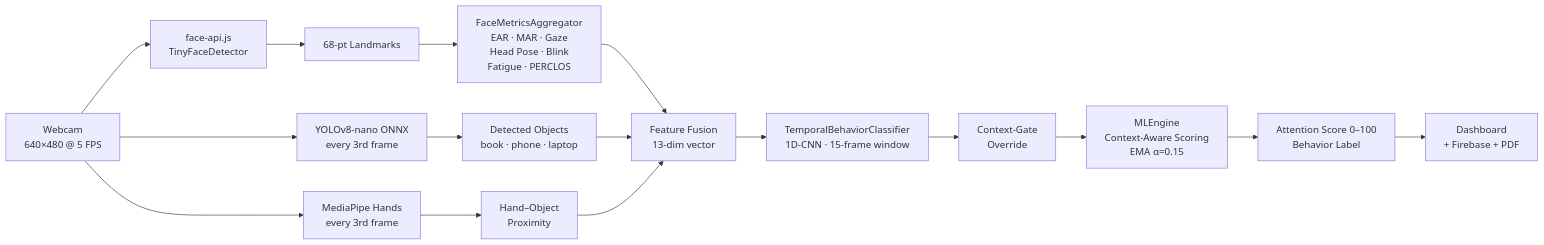
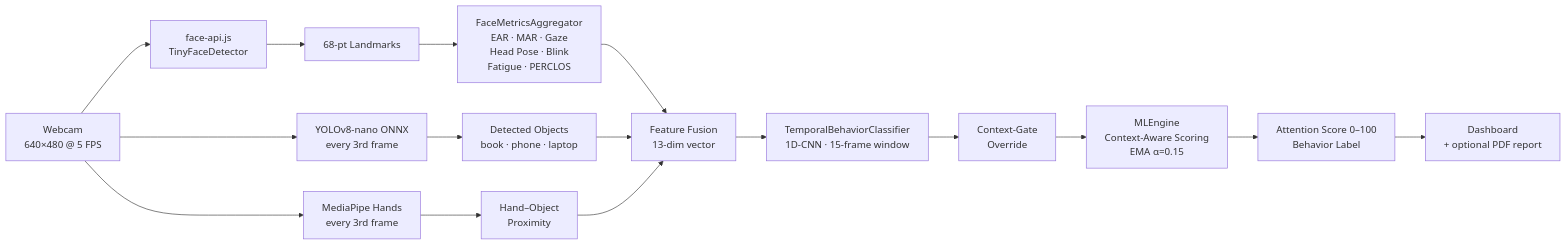
One commit to hrishikeshjh/AttentionTrackerOSS changed the first of 2 diagrams in README-overall.md. Above: the diagram before and after it, drawn with Mermaid. The commit also changed other lines of this file and 79 other files, not shown here.

````diff
--- a/README-overall.md
+++ b/README-overall.md
@@ -170,19 +174,19 @@
 ```mermaid
 flowchart LR
     A[Webcam\n640×480 @ 5 FPS] --> B[face-api.js\nTinyFaceDetector]
     B --> C[68-pt Landmarks]
     C --> D[FaceMetricsAggregator\nEAR · MAR · Gaze\nHead Pose · Blink\nFatigue · PERCLOS]
 
     A --> E[YOLOv8-nano ONNX\nevery 3rd frame]
     E --> F[Detected Objects\nbook · phone · laptop]
 
     A --> G[MediaPipe Hands\nevery 3rd frame]
     G --> H[Hand–Object\nProximity]
 
     D & F & H --> I[Feature Fusion\n13-dim vector]
     I --> J[TemporalBehaviorClassifier\n1D-CNN · 15-frame window]
     J --> K[Context-Gate\nOverride]
     K --> L[MLEngine\nContext-Aware Scoring\nEMA α=0.15]
     L --> M[Attention Score 0–100\nBehavior Label]
-    M --> N[Dashboard\n+ Firebase + PDF]
+    M --> N[Dashboard\n+ optional PDF report]
 ```
````
